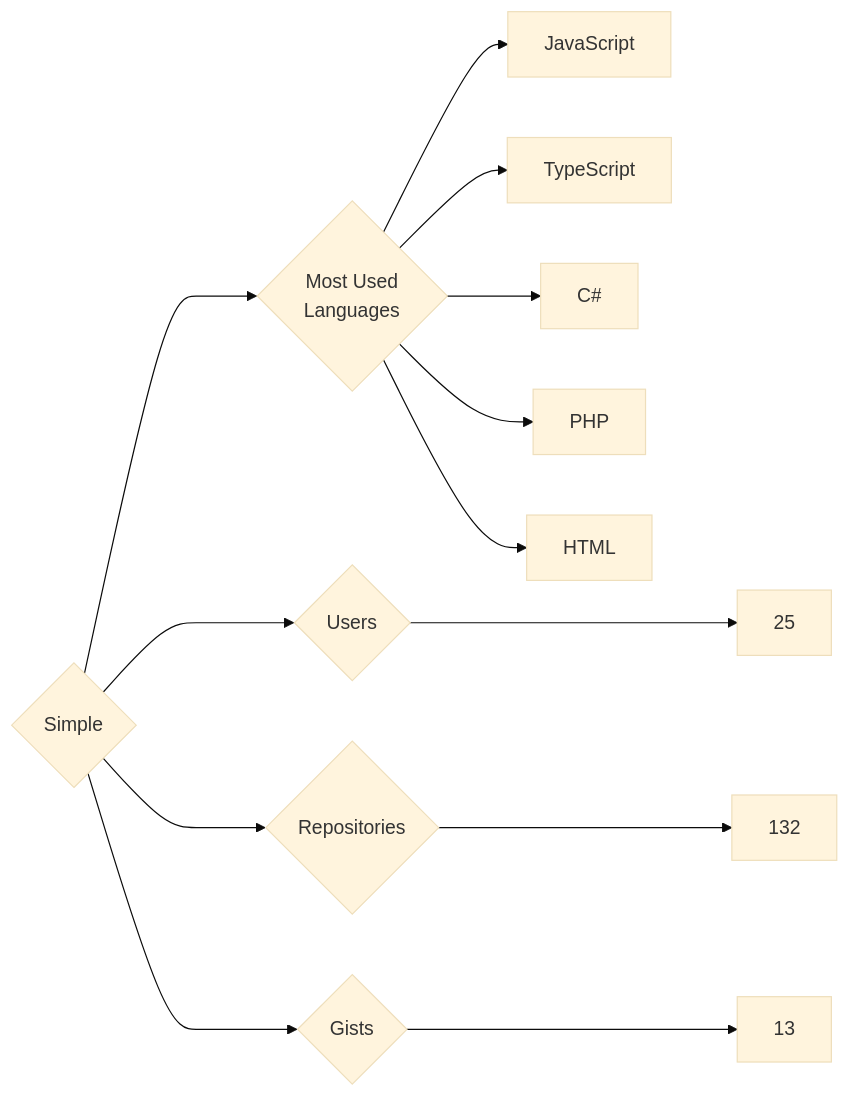
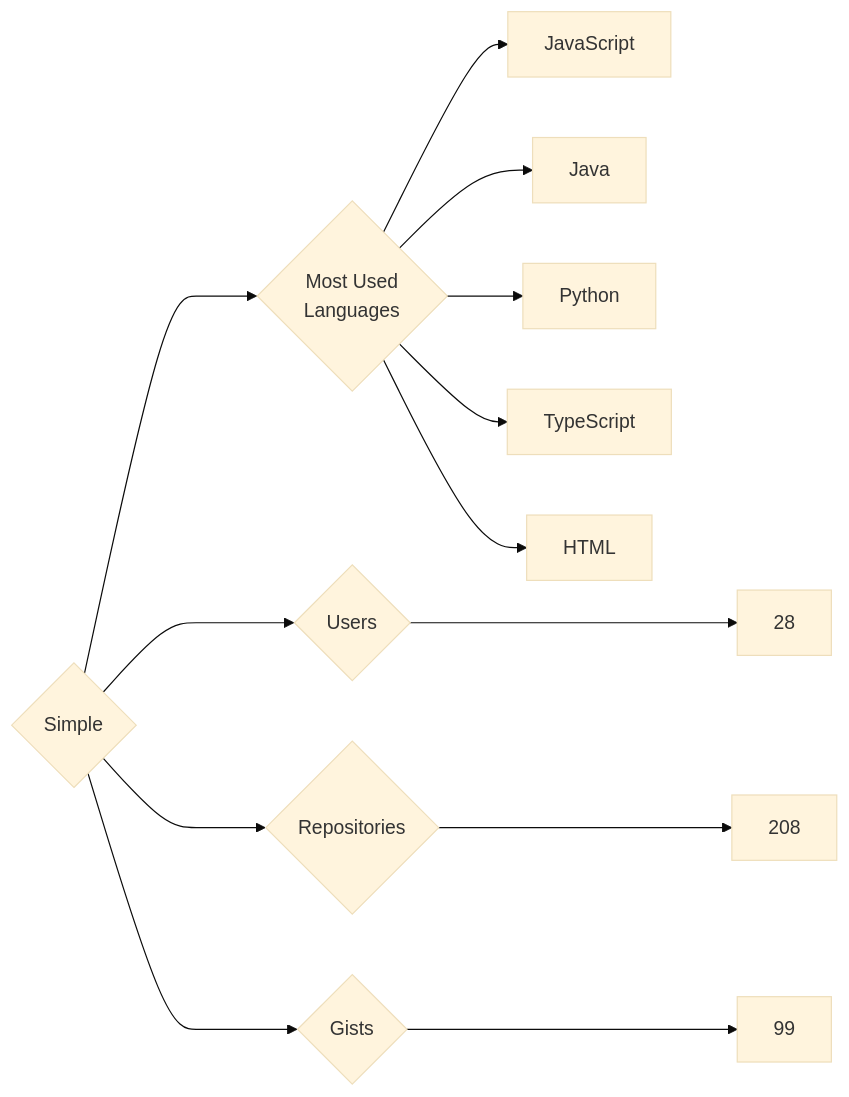
One commit to trickest/insiders changed the diagram in targets/Simple/README.md. Above: the diagram before and after it, drawn with Mermaid (base theme). The commit also changed 814 other files, not shown here.

````diff
--- a/targets/Simple/README.md
+++ b/targets/Simple/README.md
@@ -3,13 +3,13 @@
 ```mermaid
 graph LR
 COMPANY_NAME{Simple}
-COMPANY_NAME ---> U{Users} ---> UN[25]
-COMPANY_NAME ---> R{Repositories} ---> RN[132]
-COMPANY_NAME ---> G{Gists} ---> GN[13]
+COMPANY_NAME ---> U{Users} ---> UN[28]
+COMPANY_NAME ---> R{Repositories} ---> RN[208]
+COMPANY_NAME ---> G{Gists} ---> GN[99]
 COMPANY_NAME ---> ML{Most Used<br>Languages}
 ML --> JavaScript[JavaScript]
+ML --> Java[Java]
+ML --> Python[Python]
 ML --> TypeScript[TypeScript]
-ML --> C#[C#]
-ML --> PHP[PHP]
 ML --> HTML[HTML]
 ```
````
